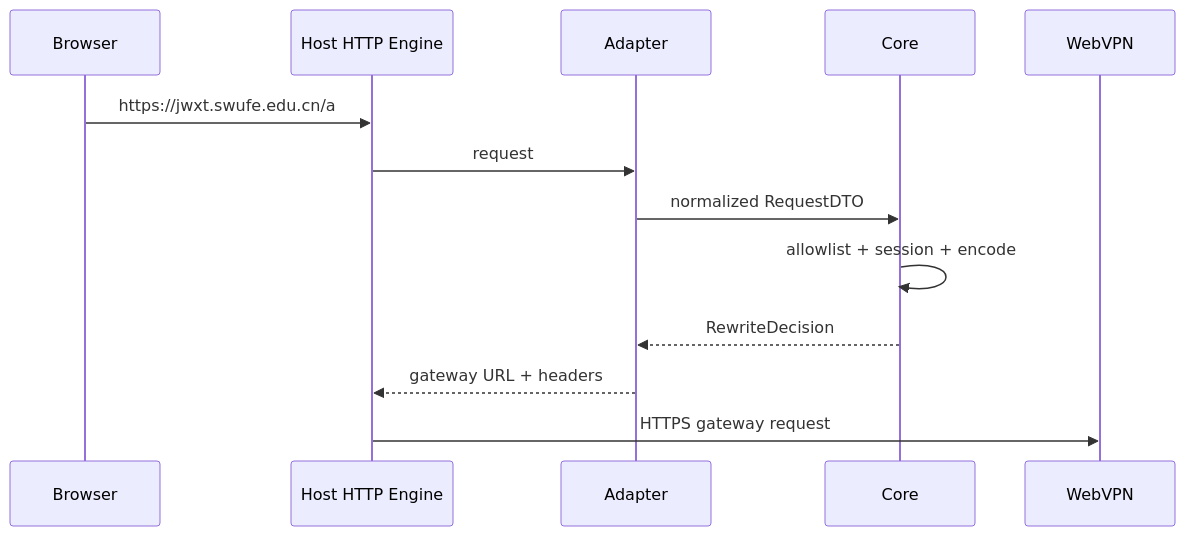
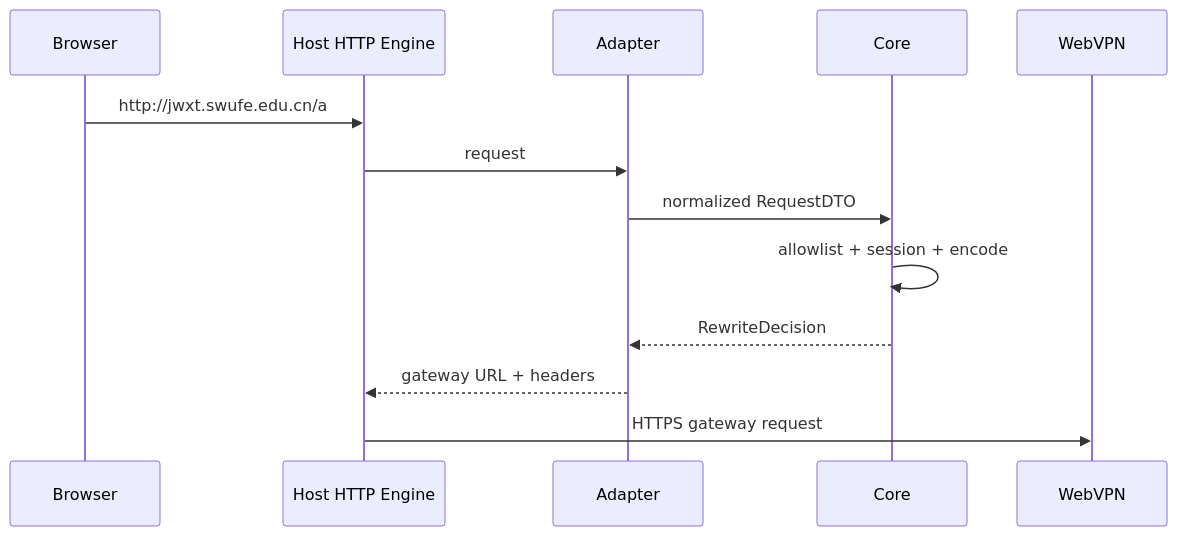
Before and after one commit to cherrchen/swufe-webvpn-codec: the third of 3 diagrams in specs/003-ios-proxy-client-plugins/architecture.md, drawn with Mermaid. The commit also changed other lines of this file and 6 other files, not shown here.

Commit message:
fix(stash): route jwxt HTTP through script engine

````diff
--- a/specs/003-ios-proxy-client-plugins/architecture.md
+++ b/specs/003-ios-proxy-client-plugins/architecture.md
@@ -161,15 +161,15 @@
 ```mermaid
 sequenceDiagram
     participant B as Browser
     participant H as Host HTTP Engine
     participant A as Adapter
     participant C as Core
     participant W as WebVPN
-    B->>H: https://jwxt.swufe.edu.cn/a
+    B->>H: http://jwxt.swufe.edu.cn/a
     H->>A: request
     A->>C: normalized RequestDTO
     C->>C: allowlist + session + encode
     C-->>A: RewriteDecision
     A-->>H: gateway URL + headers
     H->>W: HTTPS gateway request
 ```
````
